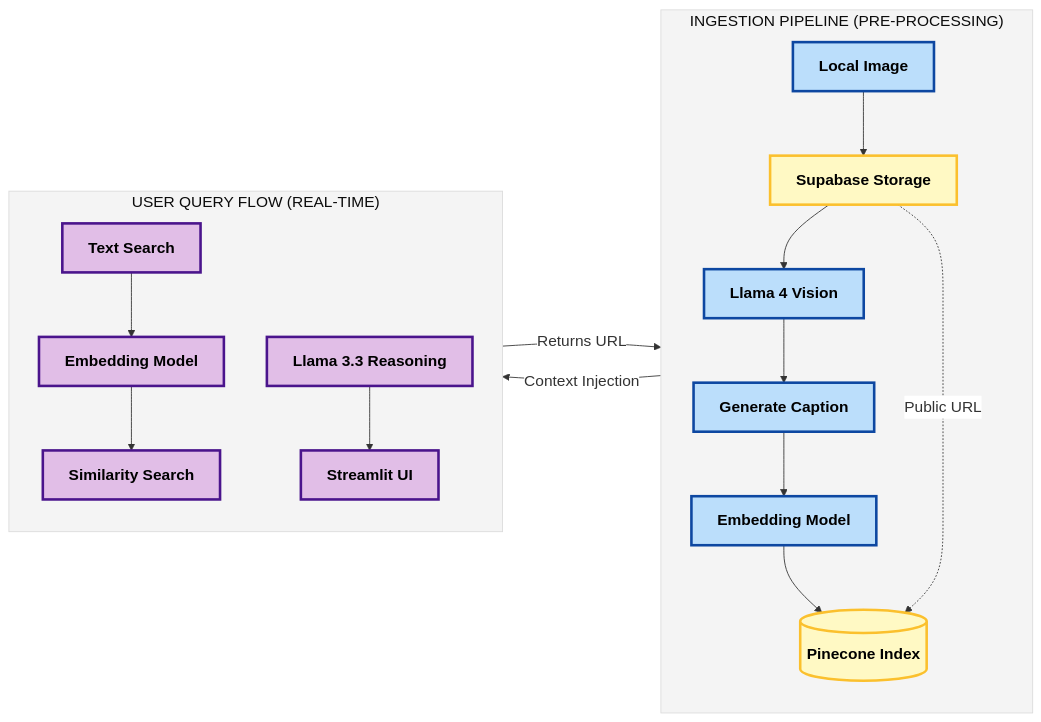
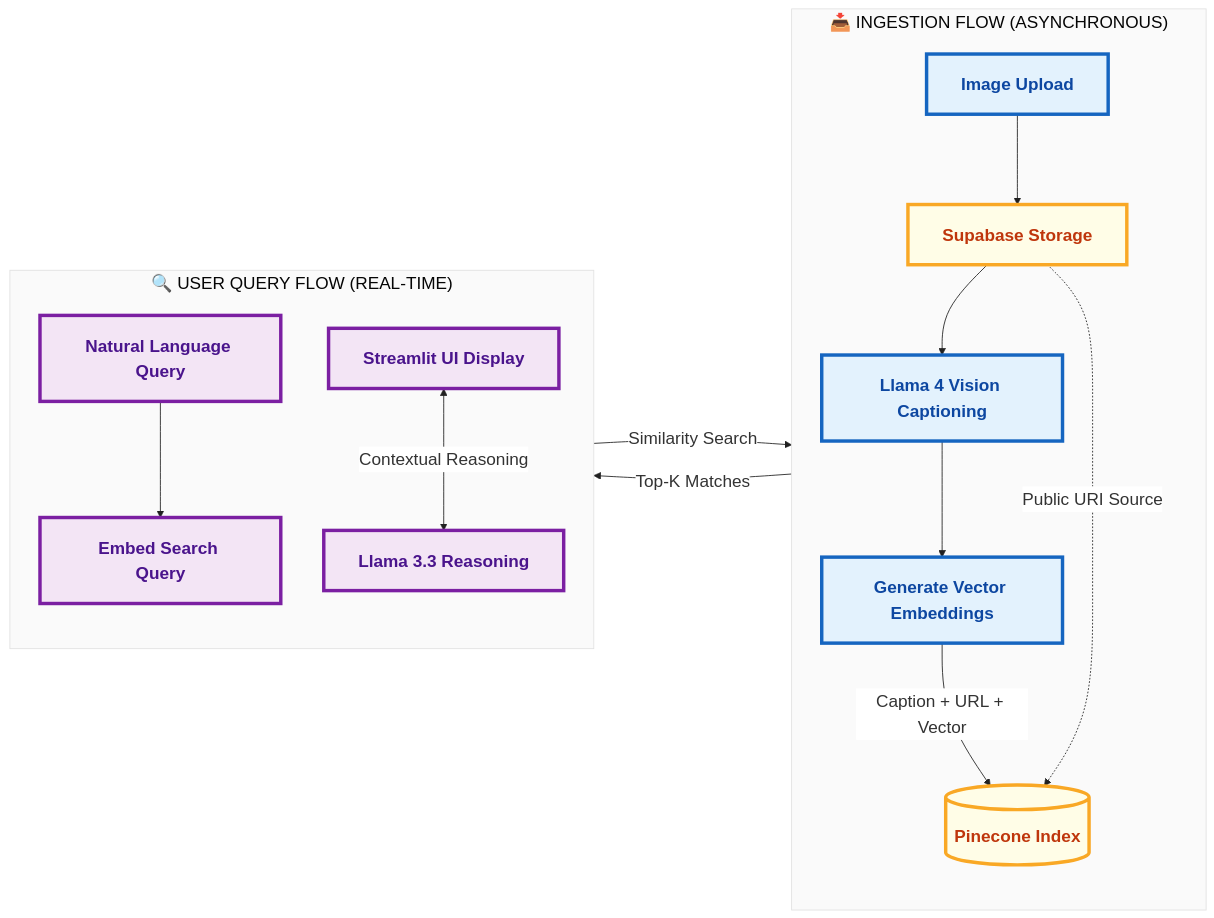
The diagram in README.md (bkqz/digital-asset-manager), drawn with Mermaid before and after one commit.

Commit message:
update architecture diagram v2

````diff
--- a/README.md
+++ b/README.md
@@ -23,45 +23,48 @@
 ```mermaid
 %%{init: { 
   'theme': 'base',
   'themeVariables': {
-    'fontSize': '18px',
-    'fontFamily': 'arial',
+    'fontSize': '20px',
+    'fontFamily': 'inter, sans-serif',
     'primaryColor': '#ffffff',
-    'primaryBorderColor': '#000000',
-    'lineColor': '#333333',
-    'tertiaryColor': '#f4f4f4'
+    'primaryBorderColor': '#1A237E',
+    'lineColor': '#212121',
+    'tertiaryColor': '#FAFAFA'
+  },
+  'flowchart': {
+    'nodeSpacing': 50,
+    'rankSpacing': 80,
+    'padding': 20
   }
 }}%%
 
 flowchart LR
     %% High-Contrast Class Definitions
-    classDef ingestion fill:#BBDEFB,stroke:#0D47A1,stroke-width:3px,color:#000000,font-weight:bold;
-    classDef storage fill:#FFF9C4,stroke:#FBC02D,stroke-width:3px,color:#000000,font-weight:bold;
-    classDef query fill:#E1BEE7,stroke:#4A148C,stroke-width:3px,color:#000000,font-weight:bold;
+    classDef ingestion fill:#E3F2FD,stroke:#1565C0,stroke-width:4px,color:#0D47A1,font-weight:800;
+    classDef storage fill:#FFFDE7,stroke:#F9A825,stroke-width:4px,color:#BF360C,font-weight:800;
+    classDef query fill:#F3E5F5,stroke:#7B1FA2,stroke-width:4px,color:#4A148C,font-weight:800;
 
-    subgraph INGESTION ["INGESTION PIPELINE (PRE-PROCESSING)"]
+    subgraph INGESTION ["📥 INGESTION FLOW (ASYNCHRONOUS)"]
         direction TB
-        A[Local Image] --> B[Supabase Storage]
-        B --> C[Llama 4 Vision]
-        C --> D[Generate Caption]
-        D --> E[Embedding Model]
-        E --> F[(Pinecone Index)]
+        IMG_UPLOAD[Image Upload] --> SUPA_STORE[Supabase Storage]
+        SUPA_STORE --> LLAMA_VISION[Llama 4 Vision Captioning]
+        LLAMA_VISION --> EMBED_GEN[Generate Vector Embeddings]
+        EMBED_GEN -- "Caption + URL + Vector" --> PINECONE[(Pinecone Index)]
     end
 
-    subgraph QUERY ["USER QUERY FLOW (REAL-TIME)"]
+    subgraph QUERY ["🔍 USER QUERY FLOW (REAL-TIME)"]
         direction TB
-        G[Text Search] --> H[Embedding Model]
-        H --> I[Similarity Search]
-        I -- Returns URL --> F
-        F -- Context Injection --> J[Llama 3.3 Reasoning]
-        J --> K[Streamlit UI]
+        USER_INPUT[Natural Language Query] --> QUERY_EMBED[Embed Search Query]
+        QUERY_EMBED -- Similarity Search --> PINECONE
+        PINECONE -- "Top-K Matches" --> STREAMLIT_UI[Streamlit UI Display]
+        STREAMLIT_UI <-- "Contextual Reasoning" --> LLAMA_REASON[Llama 3.3 Reasoning]
     end
 
     %% Interaction Link
-    B -. Public URL .-> F
+    SUPA_STORE -. "Public URI Source" .-> PINECONE
     
     %% Applying Accessible Classes
-    class A,C,D,E ingestion;
-    class F,B storage;
-    class G,H,I,J,K query;
+    class IMG_UPLOAD,LLAMA_VISION,EMBED_GEN ingestion;
+    class PINECONE,SUPA_STORE storage;
+    class USER_INPUT,QUERY_EMBED,STREAMLIT_UI,LLAMA_REASON query;
 ```
````
